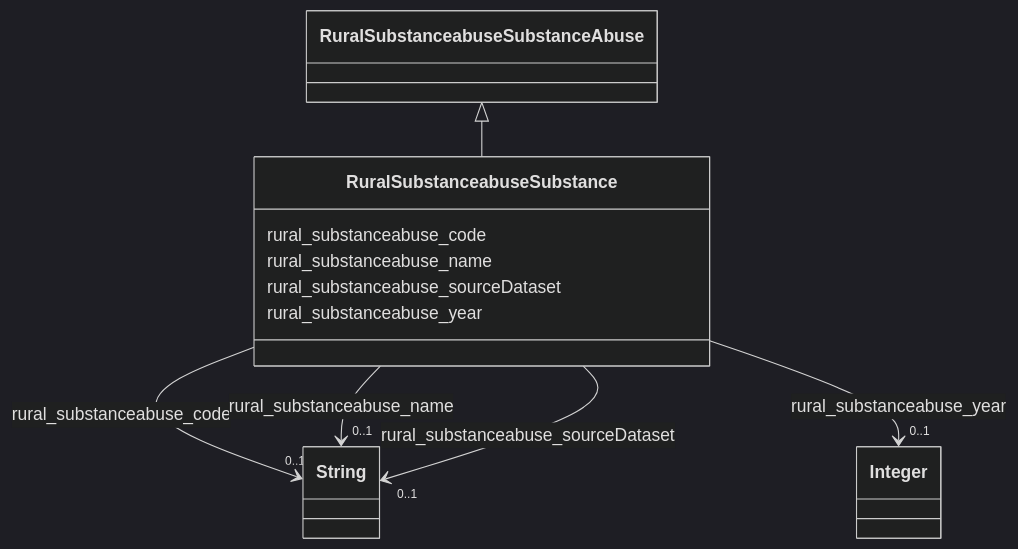
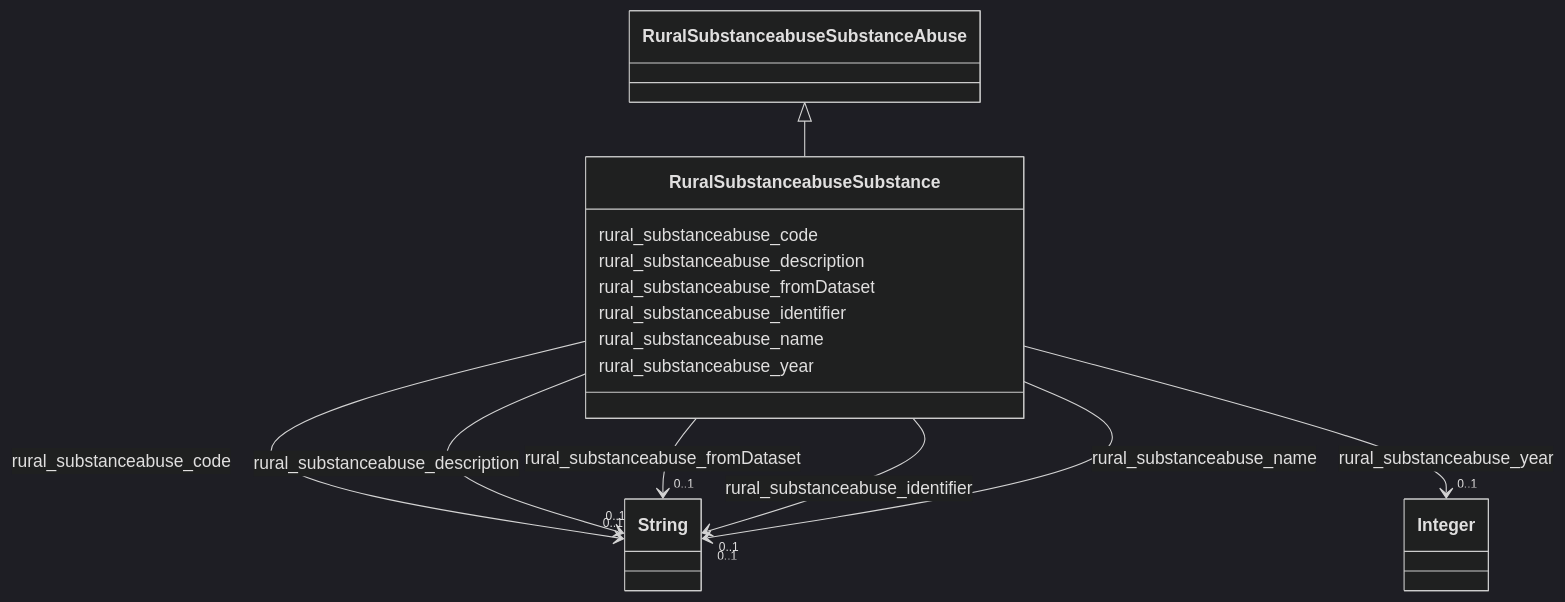
Before and after one commit to frink-okn/graph-descriptions: the diagram in rural-kg/classes/RuralSubstanceabuseSubstance.md, drawn with Mermaid (dark theme). The commit also changed other lines of this file and 227 other files, not shown here.

````diff
--- a/rural-kg/classes/RuralSubstanceabuseSubstance.md
+++ b/rural-kg/classes/RuralSubstanceabuseSubstance.md
@@ -19,45 +23,63 @@
 ```mermaid
  classDiagram
     class RuralSubstanceabuseSubstance
     click RuralSubstanceabuseSubstance href "../RuralSubstanceabuseSubstance"
       RuralSubstanceabuseSubstanceAbuse <|-- RuralSubstanceabuseSubstance
         click RuralSubstanceabuseSubstanceAbuse href "../RuralSubstanceabuseSubstanceAbuse"
       
       RuralSubstanceabuseSubstance : rural_substanceabuse_code
         
           
     
     
     RuralSubstanceabuseSubstance --> "0..1" String : rural_substanceabuse_code
     click String href "../String"
 
         
+      RuralSubstanceabuseSubstance : rural_substanceabuse_description
+        
+          
+    
+    
+    RuralSubstanceabuseSubstance --> "0..1" String : rural_substanceabuse_description
+    click String href "../String"
+
+        
+      RuralSubstanceabuseSubstance : rural_substanceabuse_fromDataset
+        
+          
+    
+    
+    RuralSubstanceabuseSubstance --> "0..1" String : rural_substanceabuse_fromDataset
+    click String href "../String"
+
+        
+      RuralSubstanceabuseSubstance : rural_substanceabuse_identifier
+        
+          
+    
+    
+    RuralSubstanceabuseSubstance --> "0..1" String : rural_substanceabuse_identifier
+    click String href "../String"
+
+        
       RuralSubstanceabuseSubstance : rural_substanceabuse_name
         
           
     
     
     RuralSubstanceabuseSubstance --> "0..1" String : rural_substanceabuse_name
-    click String href "../String"
-
-        
-      RuralSubstanceabuseSubstance : rural_substanceabuse_sourceDataset
-        
-          
-    
-    
-    RuralSubstanceabuseSubstance --> "0..1" String : rural_substanceabuse_sourceDataset
     click String href "../String"
 
         
       RuralSubstanceabuseSubstance : rural_substanceabuse_year
         
           
     
     
     RuralSubstanceabuseSubstance --> "0..1" Integer : rural_substanceabuse_year
     click Integer href "../Integer"
 
         
       
 ```
````
